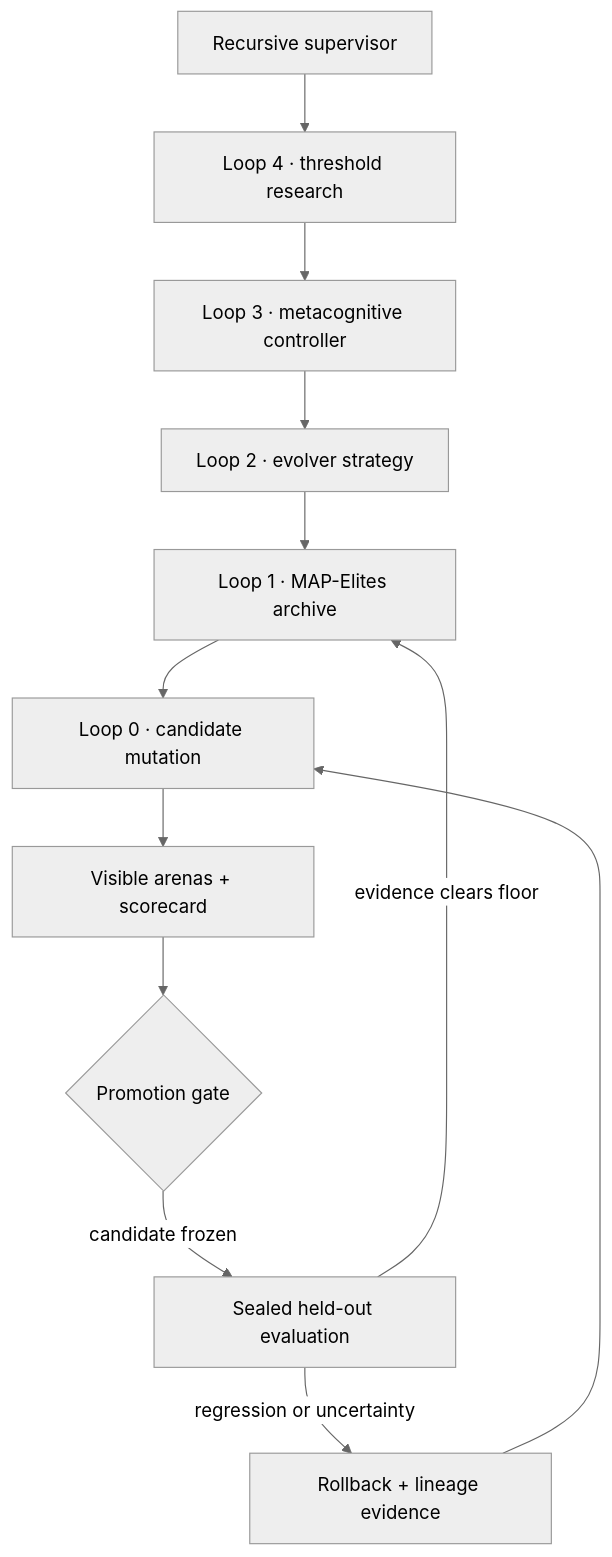
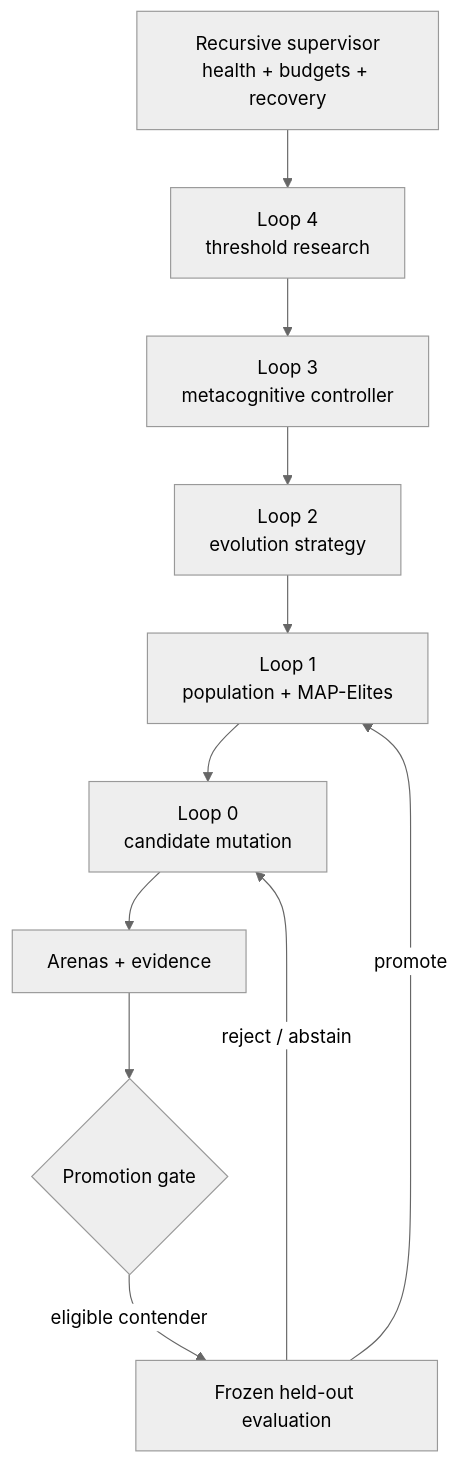
The second of 4 diagrams in README.md (ObtuseAI/doofus), drawn with Mermaid (neutral theme) before and after one commit. The commit also changed other lines of this file, not shown here.

Commit message:
docs: explain Doofus evolution and proof system

````diff
--- a/README.md
+++ b/README.md
@@ -35,25 +85,23 @@
 ```mermaid
 flowchart TB
-    SUP["Recursive supervisor"]
-    META2["Loop 4 · threshold research"]
-    META1["Loop 3 · metacognitive controller"]
-    EVOLVE["Loop 2 · evolver strategy"]
-    ARCHIVE["Loop 1 · MAP-Elites archive"]
-    CANDIDATE["Loop 0 · candidate mutation"]
-    SCORE["Visible arenas + scorecard"]
-    HOLDOUT["Sealed held-out evaluation"]
+    SUP["Recursive supervisor<br/>health + budgets + recovery"]
+    META2["Loop 4<br/>threshold research"]
+    META1["Loop 3<br/>metacognitive controller"]
+    STRATEGY["Loop 2<br/>evolution strategy"]
+    ARCHIVE["Loop 1<br/>population + MAP-Elites"]
+    CANDIDATE["Loop 0<br/>candidate mutation"]
+    SCORE["Arenas + evidence"]
+    HOLDOUT["Frozen held-out evaluation"]
     GATE{"Promotion gate"}
-    ROLLBACK["Rollback + lineage evidence"]
 
     SUP --> META2
     META2 --> META1
-    META1 --> EVOLVE
-    EVOLVE --> ARCHIVE
+    META1 --> STRATEGY
+    STRATEGY --> ARCHIVE
     ARCHIVE --> CANDIDATE
     CANDIDATE --> SCORE
     SCORE --> GATE
-    GATE -->|"candidate frozen"| HOLDOUT
-    HOLDOUT -->|"evidence clears floor"| ARCHIVE
-    HOLDOUT -->|"regression or uncertainty"| ROLLBACK
-    ROLLBACK --> CANDIDATE
+    GATE -->|"eligible contender"| HOLDOUT
+    HOLDOUT -->|"promote"| ARCHIVE
+    HOLDOUT -->|"reject / abstain"| CANDIDATE
 ```
````
